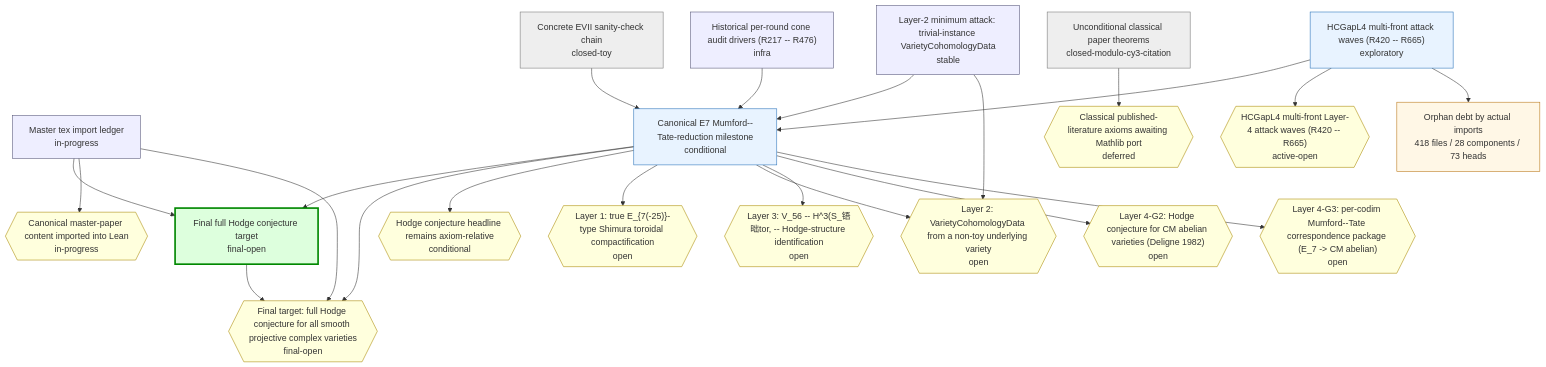
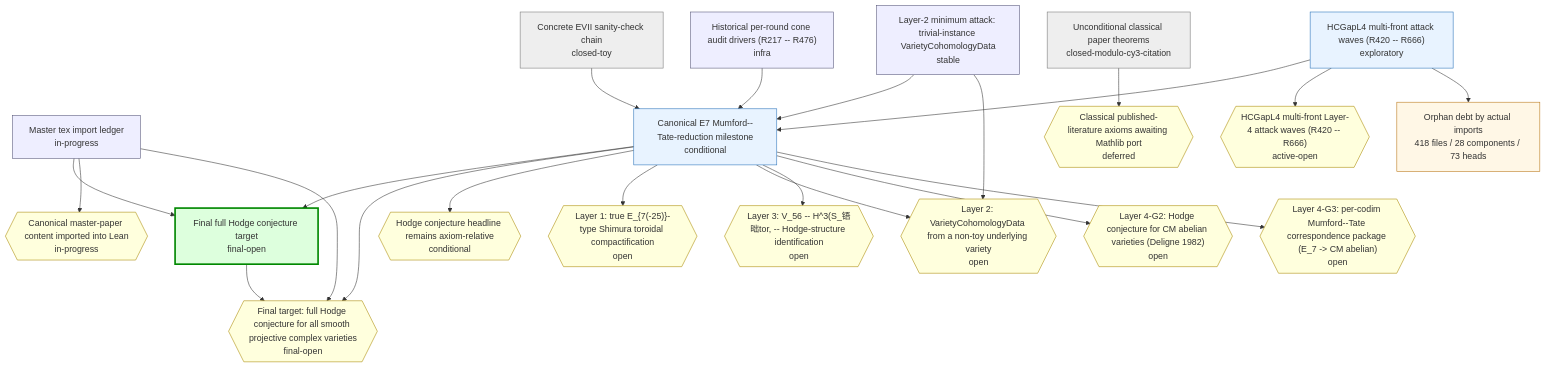
One commit to crabsatellite/hodge-conjecture-lean4-formalization changed the first of 2 diagrams in chain-status/research-map.md. Above: the diagram before and after it, drawn with Mermaid. The commit also changed other lines of this file and 8 other files, not shown here.

````diff
--- a/chain-status/research-map.md
+++ b/chain-status/research-map.md
@@ -46,54 +46,54 @@
 ```mermaid
 graph TD
   classDef main fill:#dfd,stroke:#080,stroke-width:3px
   classDef active fill:#e8f3ff,stroke:#2670b8
   classDef support fill:#eef,stroke:#557
   classDef closed fill:#eee,stroke:#777
   classDef dead fill:#fdd,stroke:#a00,stroke-width:2px
   classDef gapOpen fill:#ffd,stroke:#a80
   classDef gapClosed fill:#eee,stroke:#777
   classDef gapDead fill:#fdd,stroke:#a00
   classDef debt fill:#fff7e6,stroke:#b87514
   classDef debtTaxonomy fill:#e8f3ff,stroke:#2670b8,stroke-dasharray:3 3
   classDef debtRule fill:#eefbea,stroke:#398439,stroke-dasharray:3 3
   classDef debtDead fill:#fdd,stroke:#a00,stroke-dasharray:3 3
   chain_full_hc_final_target["Final full Hodge conjecture target\nfinal-open"]:::main
   chain_master_paper_import_ledger["Master tex import ledger\nin-progress"]:::support
   chain_main_hc_axiom_relative["Canonical E7 Mumford--Tate-reduction milestone\nconditional"]:::active
   chain_unconditional_classical["Unconditional classical paper theorems\nclosed-modulo-cy3-citation"]:::closed
   chain_hcgap_l2_trivial_instances["Layer-2 minimum attack: trivial-instance VarietyCohomologyData\nstable"]:::support
-  chain_hcgap_l4_multifront_active["HCGapL4 multi-front attack waves (R420 -- R665)\nexploratory"]:::active
+  chain_hcgap_l4_multifront_active["HCGapL4 multi-front attack waves (R420 -- R666)\nexploratory"]:::active
   chain_concrete_evii_toy["Concrete EVII sanity-check chain\nclosed-toy"]:::closed
   chain_historical_cone_audits["Historical per-round cone audit drivers (R217 -- R476)\ninfra"]:::support
   gap_G_full_hc{{"Final target: full Hodge conjecture for all smooth projective complex varieties\nfinal-open"}}:::gapOpen
   gap_G_master_paper_import{{"Canonical master-paper content imported into Lean\nin-progress"}}:::gapOpen
   gap_G_main_hc{{"Hodge conjecture headline remains axiom-relative\nconditional"}}:::gapOpen
   gap_G_l1_e7_shimura_tor{{"Layer 1: true E_{7(-25)}-type Shimura toroidal compactification\nopen"}}:::gapOpen
   gap_G_l2_cohomology_construction{{"Layer 2: VarietyCohomologyData from a non-toy underlying variety\nopen"}}:::gapOpen
   gap_G_l3_v56_mt_identification{{"Layer 3: V_56 -- H^3(S_铻昢tor, -- Hodge-structure identification\nopen"}}:::gapOpen
   gap_G_l4_cm_abelian_hc{{"Layer 4-G2: Hodge conjecture for CM abelian varieties (Deligne 1982)\nopen"}}:::gapOpen
   gap_G_l4_mt_correspondence{{"Layer 4-G3: per-codim Mumford--Tate correspondence package (E_7 -> CM abelian)\nopen"}}:::gapOpen
   gap_G_classical_mathlib_port{{"Classical published-literature axioms awaiting Mathlib port\ndeferred"}}:::gapOpen
-  gap_G_hcgap_l4_multifront{{"HCGapL4 multi-front Layer-4 attack waves (R420 -- R665)\nactive-open"}}:::gapOpen
+  gap_G_hcgap_l4_multifront{{"HCGapL4 multi-front Layer-4 attack waves (R420 -- R666)\nactive-open"}}:::gapOpen
   chain_full_hc_final_target --> gap_G_full_hc
   chain_master_paper_import_ledger --> chain_full_hc_final_target
   chain_master_paper_import_ledger --> gap_G_master_paper_import
   chain_master_paper_import_ledger --> gap_G_full_hc
   chain_main_hc_axiom_relative --> chain_full_hc_final_target
   chain_main_hc_axiom_relative --> gap_G_full_hc
   chain_main_hc_axiom_relative --> gap_G_main_hc
   chain_main_hc_axiom_relative --> gap_G_l1_e7_shimura_tor
   chain_main_hc_axiom_relative --> gap_G_l2_cohomology_construction
   chain_main_hc_axiom_relative --> gap_G_l3_v56_mt_identification
   chain_main_hc_axiom_relative --> gap_G_l4_cm_abelian_hc
   chain_main_hc_axiom_relative --> gap_G_l4_mt_correspondence
   chain_unconditional_classical --> gap_G_classical_mathlib_port
   chain_hcgap_l2_trivial_instances --> chain_main_hc_axiom_relative
   chain_hcgap_l2_trivial_instances --> gap_G_l2_cohomology_construction
   chain_hcgap_l4_multifront_active --> chain_main_hc_axiom_relative
   chain_hcgap_l4_multifront_active --> gap_G_hcgap_l4_multifront
   chain_concrete_evii_toy --> chain_main_hc_axiom_relative
   chain_historical_cone_audits --> chain_main_hc_axiom_relative
   debt_all["Orphan debt by actual imports\n418 files / 28 components / 73 heads"]:::debt
   chain_hcgap_l4_multifront_active --> debt_all
 ```
````
